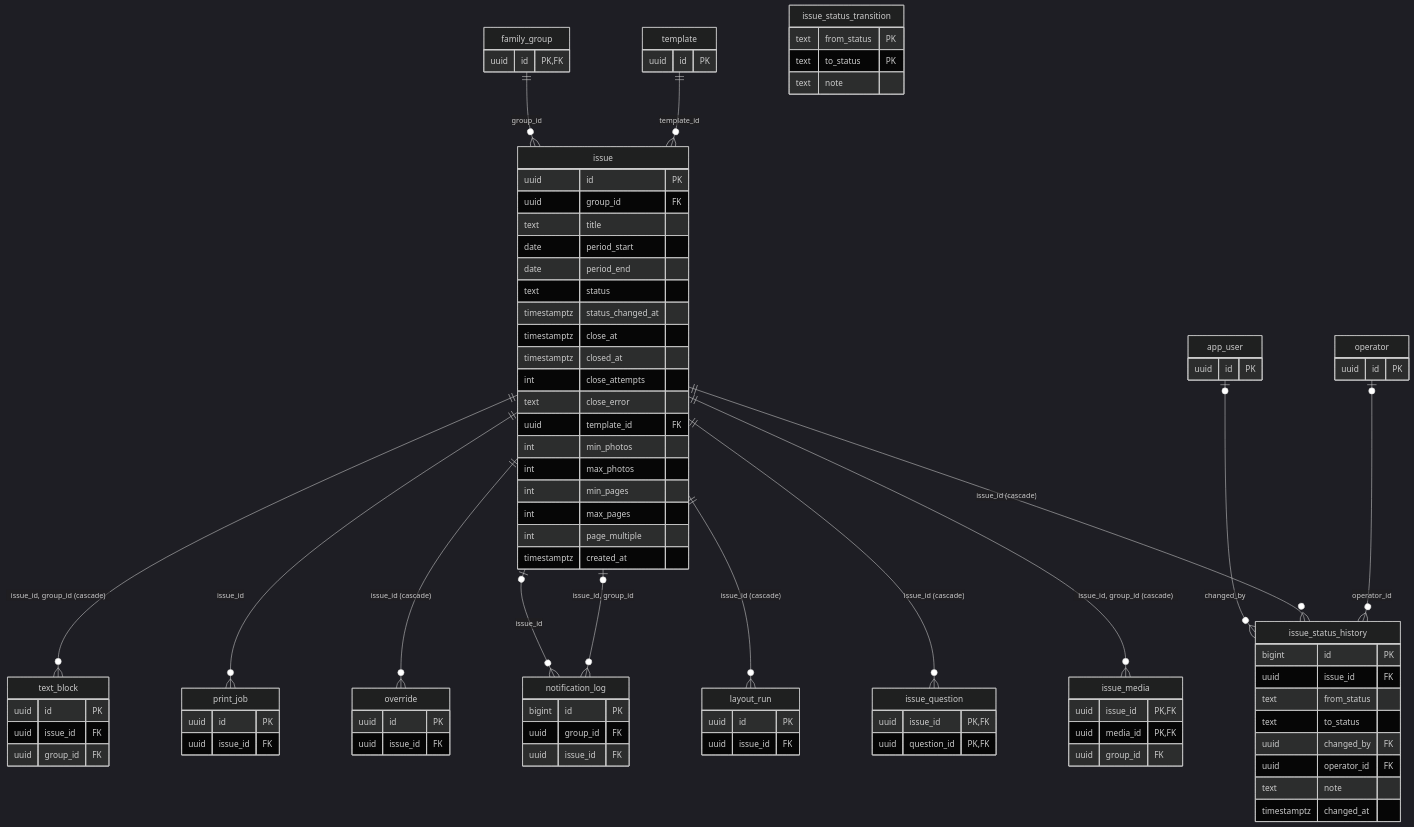
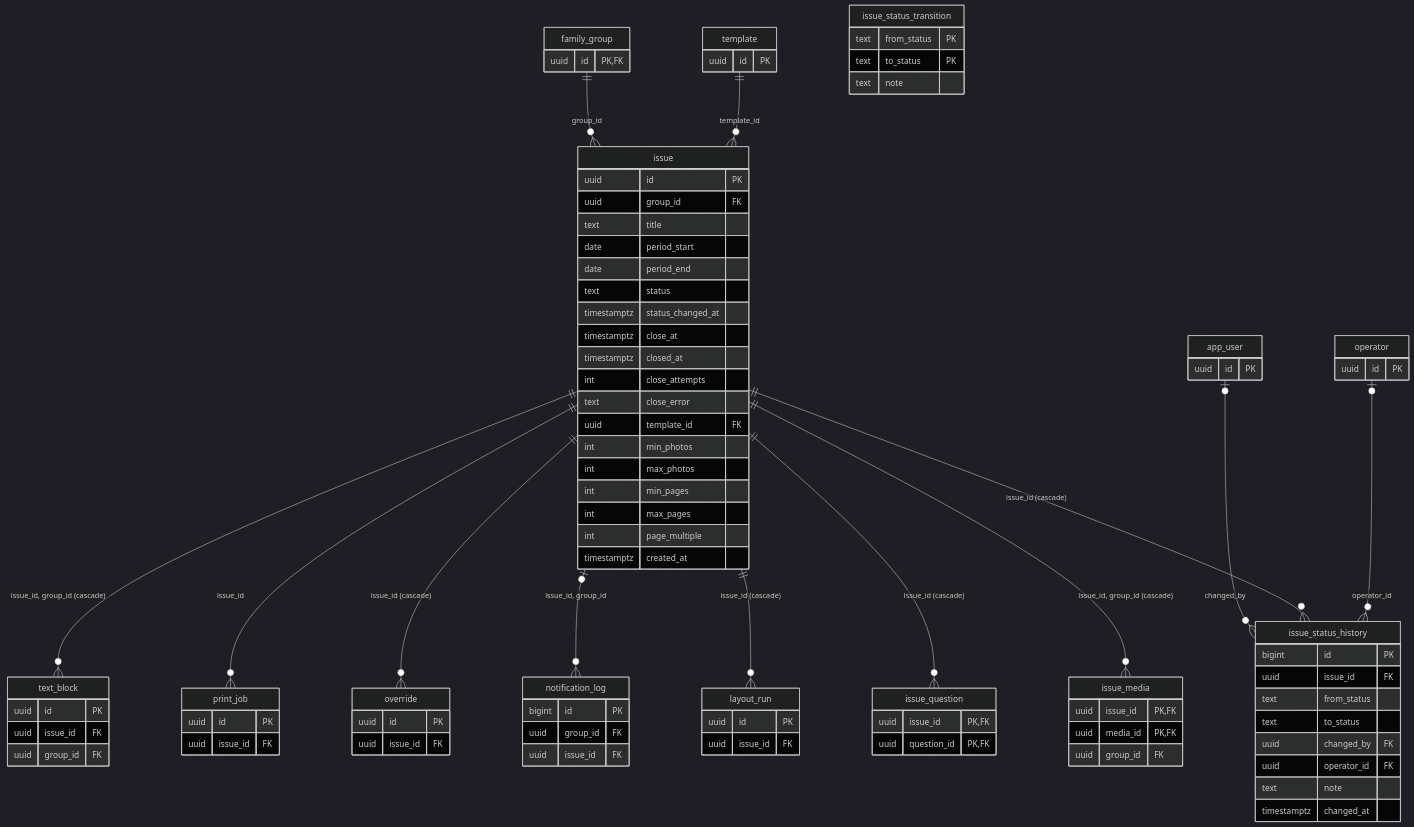
The sixth of 11 diagrams in docs/erd.md (js1211-code/bogomagazine), drawn with Mermaid (dark theme) before and after one commit. The commit also changed other lines of this file and 6 other files, not shown here.

First line of the commit message:
fix(db): notification_log의 issue_id 단독 FK/복합 FK 중복 제거

```diff
--- a/docs/erd.md
+++ b/docs/erd.md
@@ -433,7 +432,6 @@
     "issue" ||--o{ "issue_status_history" : "issue_id (cascade)"
     "operator" |o--o{ "issue_status_history" : "operator_id"
     "issue" ||--o{ "layout_run" : "issue_id (cascade)"
-    "issue" |o--o{ "notification_log" : "issue_id"
     "issue" |o--o{ "notification_log" : "issue_id, group_id"
     "issue" ||--o{ "override" : "issue_id (cascade)"
     "issue" ||--o{ "print_job" : "issue_id"
```
